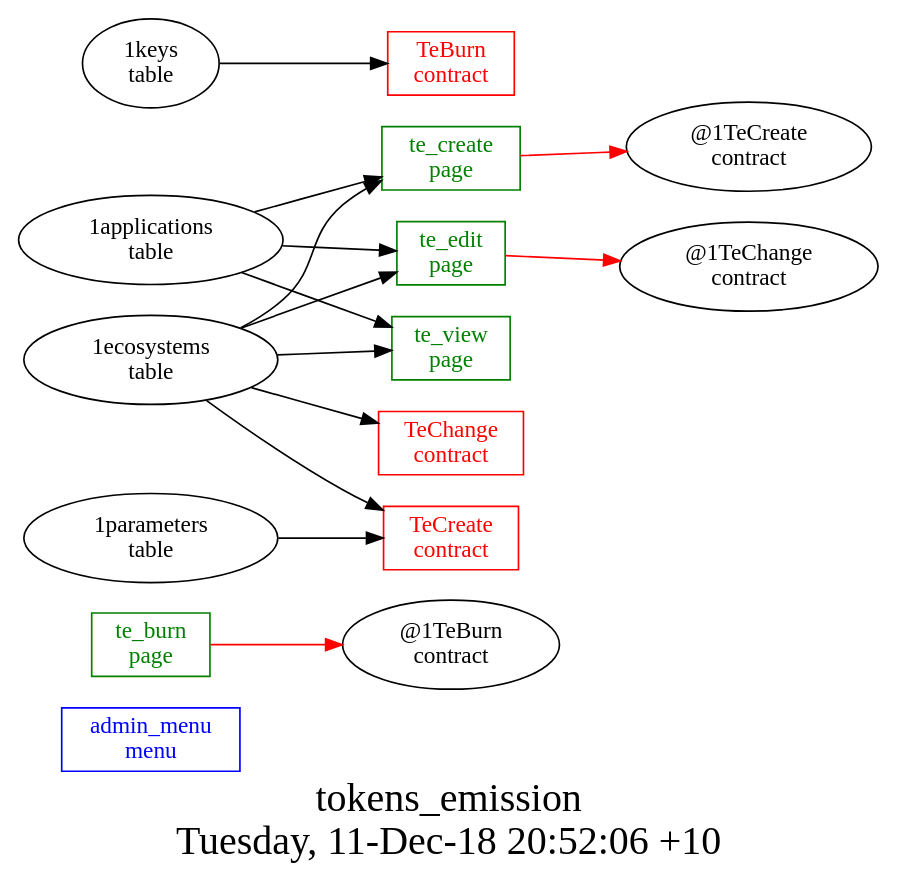
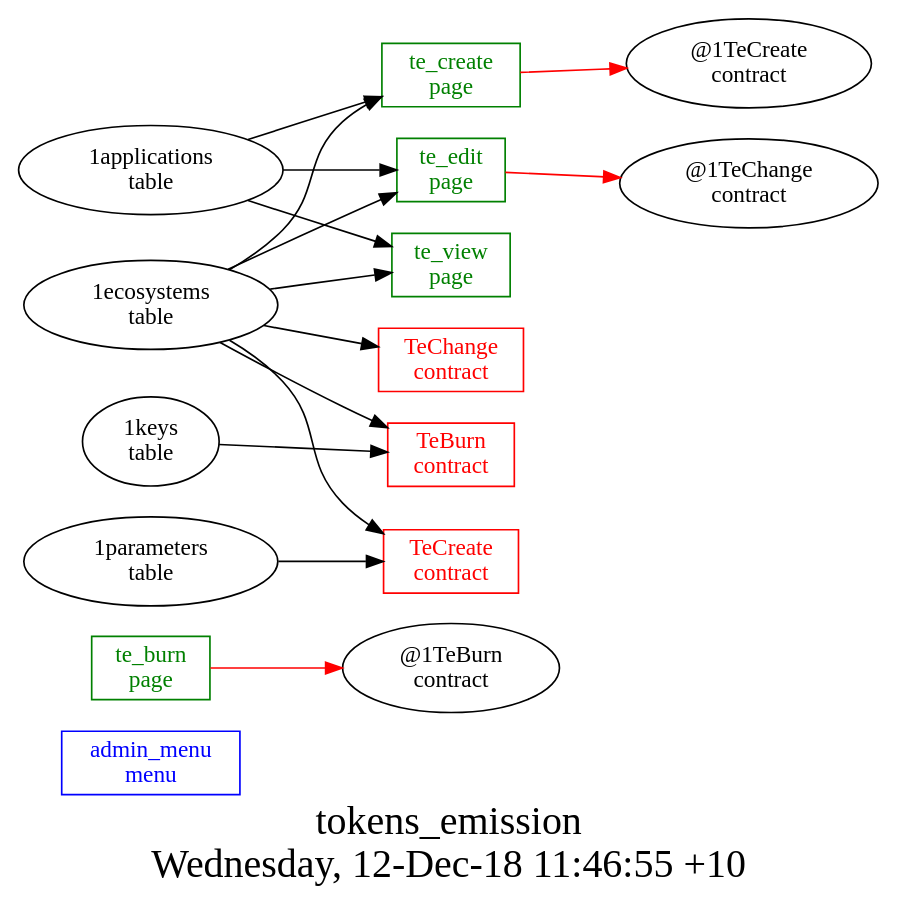
The diagram in other/tokens_emission/struct.dot (AplaProject/apps), drawn with Graphviz before and after one commit. The commit also changed 13 other files, not shown here.

Commit message:
Fixed tokens_emission completed

```diff
--- a/other/tokens_emission/struct.dot
+++ b/other/tokens_emission/struct.dot
@@ -1,29 +1,30 @@
 digraph G {
 fontsize="24";
-label="tokens_emission\nTuesday, 11-Dec-18 20:52:06 +10";
+label="tokens_emission\nWednesday, 12-Dec-18 11:46:55 +10";
 nojustify=true;
 ordering=out;
 rankdir=LR;
 size="30";
 "admin_menu\nmenu" [color=blue, fontcolor=blue, group=menus, shape=record];
 "te_burn\npage" -> "@1TeBurn\ncontract"  [ color=red ]
 "te_burn\npage" [color=green, fontcolor=green, group=pages, shape=record];
 "te_create\npage" -> "@1TeCreate\ncontract"  [ color=red ]
 "1applications\ntable" -> "te_create\npage"
 "1ecosystems\ntable" -> "te_create\npage"
 "te_create\npage" [color=green, fontcolor=green, group=pages, shape=record];
 "te_edit\npage" -> "@1TeChange\ncontract"  [ color=red ]
 "1applications\ntable" -> "te_edit\npage"
 "1ecosystems\ntable" -> "te_edit\npage"
 "te_edit\npage" [color=green, fontcolor=green, group=pages, shape=record];
 "1applications\ntable" -> "te_view\npage"
 "1ecosystems\ntable" -> "te_view\npage"
 "te_view\npage" [color=green, fontcolor=green, group=pages, shape=record];
 "1keys\ntable" -> "TeBurn\ncontract"
+"1ecosystems\ntable" -> "TeBurn\ncontract"
 "TeBurn\ncontract" [color=red, fontcolor=red, group=contracts, shape=record];
 "1ecosystems\ntable" -> "TeChange\ncontract"
 "TeChange\ncontract" [color=red, fontcolor=red, group=contracts, shape=record];
 "1parameters\ntable" -> "TeCreate\ncontract"
 "1ecosystems\ntable" -> "TeCreate\ncontract"
 "TeCreate\ncontract" [color=red, fontcolor=red, group=contracts, shape=record];
 }
```
